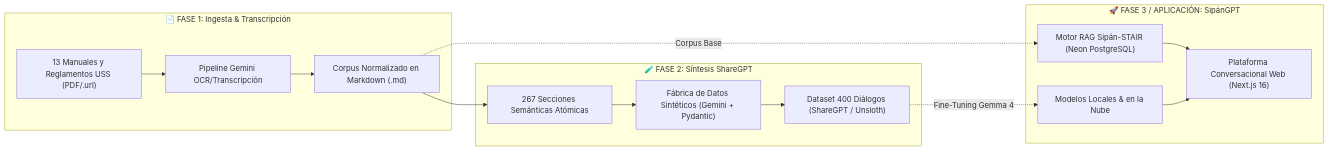
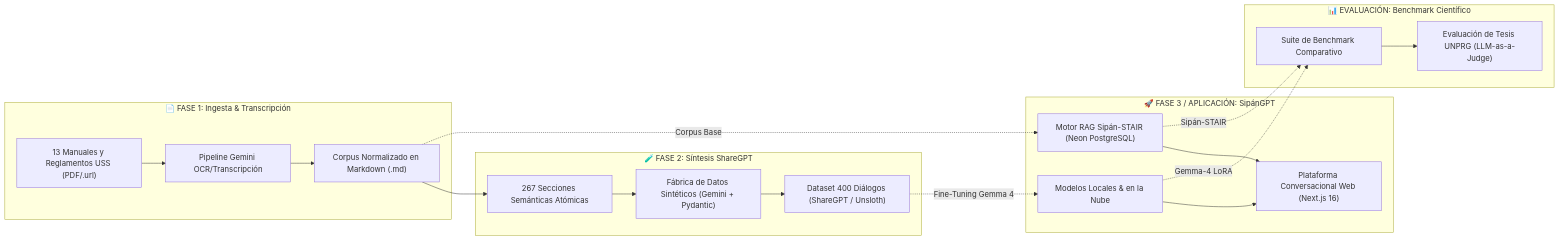
One commit to jhangmez/sipangpt changed the second of 2 diagrams in README.md. Above: the diagram before and after it, drawn with Mermaid. The commit also changed other lines of this file, not shown here.

````diff
--- a/README.md
+++ b/README.md
@@ -318,20 +318,26 @@
 ```mermaid
 flowchart LR
     subgraph FASE1 ["📄 FASE 1: Ingesta & Transcripción"]
         A["13 Manuales y Reglamentos USS (PDF/.url)"] --> B["Pipeline Gemini OCR/Transcripción"]
         B --> C["Corpus Normalizado en Markdown (.md)"]
     end
 
     subgraph FASE2 ["🧪 FASE 2: Síntesis ShareGPT"]
         C --> D["267 Secciones Semánticas Atómicas"]
         D --> E["Fábrica de Datos Sintéticos (Gemini + Pydantic)"]
         E --> F["Dataset 400 Diálogos (ShareGPT / Unsloth)"]
     end
 
     subgraph FASE3 ["🚀 FASE 3 / APLICACIÓN: SipánGPT"]
         C -. Corpus Base .-> G["Motor RAG Sipán-STAIR (Neon PostgreSQL)"]
         F -. Fine-Tuning Gemma 4 .-> H["Modelos Locales & en la Nube"]
         G --> I["Plataforma Conversacional Web (Next.js 16)"]
         H --> I
     end
+
+    subgraph EVAL ["📊 EVALUACIÓN: Benchmark Científico"]
+        H -. Gemma-4 LoRA .-> J["Suite de Benchmark Comparativo"]
+        G -. Sipán-STAIR .-> J
+        J --> K["Evaluación de Tesis UNPRG (LLM-as-a-Judge)"]
+    end
 ```
````
